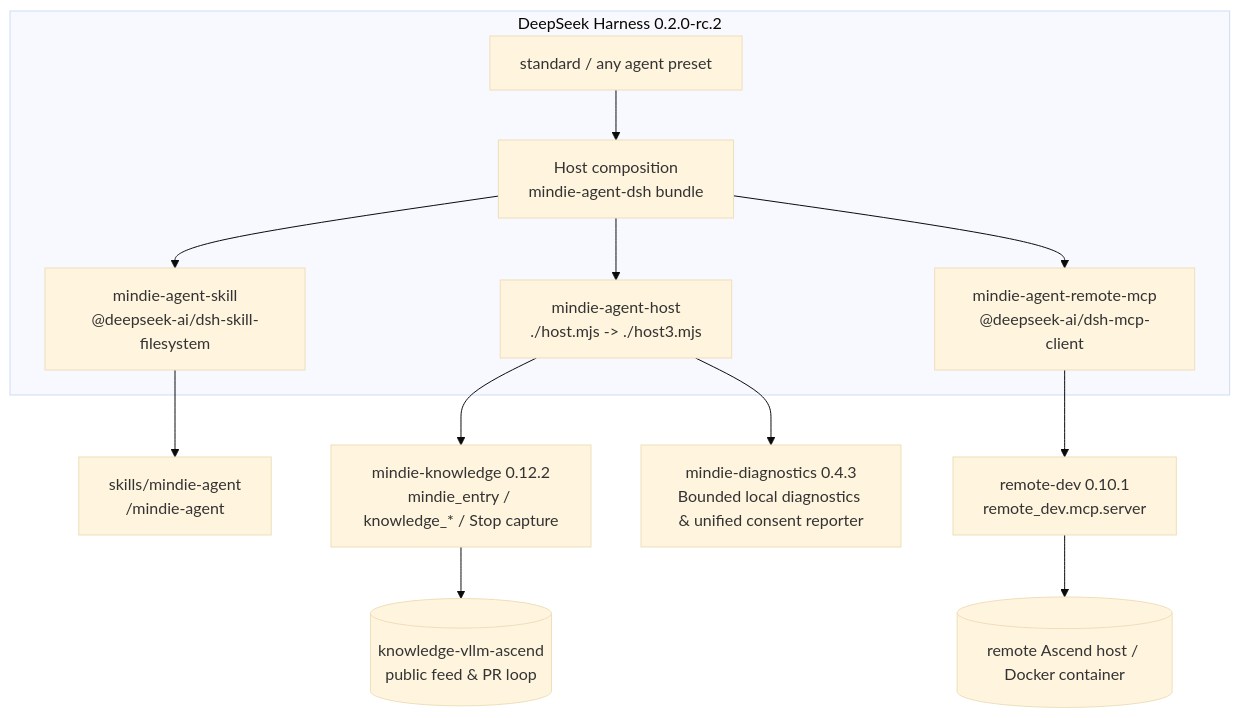
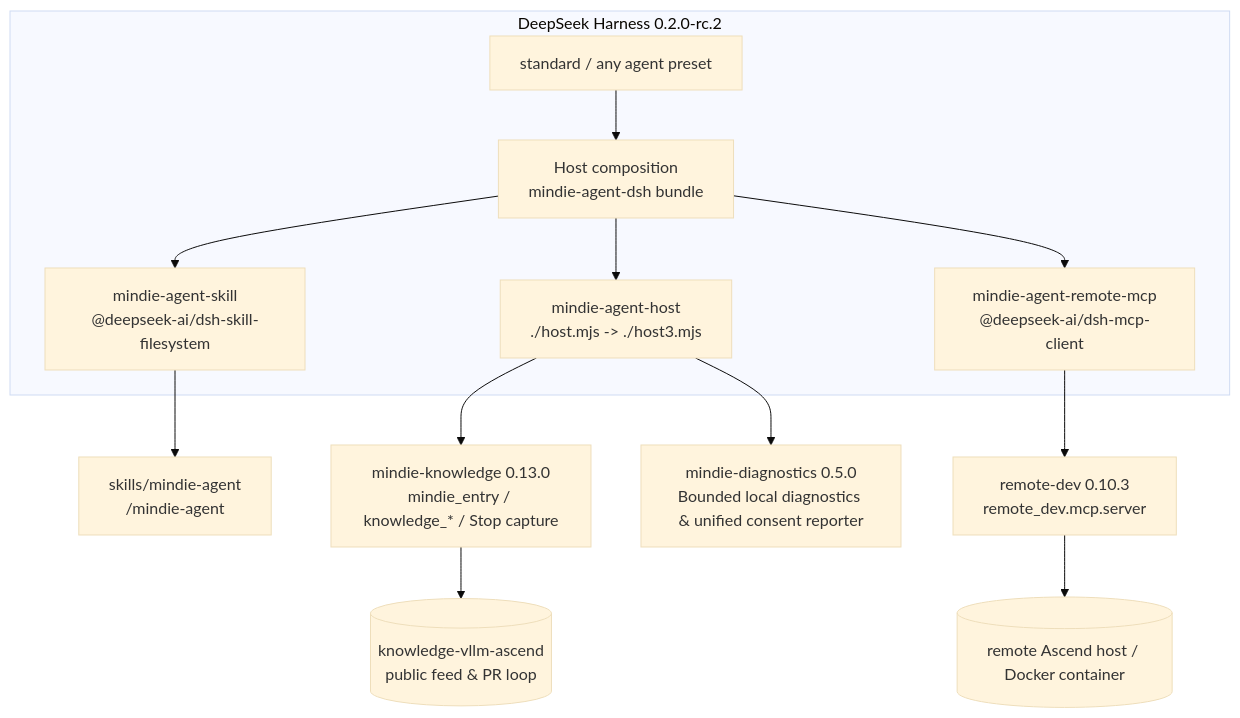
One commit to mindie-agent/mindie-agent-dsh changed the diagram in README.en.md. Above: the diagram before and after it, drawn with Mermaid (base theme). The commit also changed other lines of this file and 15 other files, not shown here.

````diff
--- a/README.en.md
+++ b/README.en.md
@@ -141,20 +141,20 @@
 ```mermaid
 flowchart TB
   subgraph DSH["DeepSeek Harness 0.2.0-rc.2"]
     HOST["Host composition<br/>mindie-agent-dsh bundle"]
     STD["standard / any agent preset"]
     SKILL["mindie-agent-skill<br/>@deepseek-ai/dsh-skill-filesystem"]
     HPLUG["mindie-agent-host<br/>./host.mjs -> ./host3.mjs"]
     RMC["mindie-agent-remote-mcp<br/>@deepseek-ai/dsh-mcp-client"]
     STD --> HOST
     HOST --> SKILL
     HOST --> HPLUG
     HOST --> RMC
   end
   SKILL --> SK["skills/mindie-agent<br/>/mindie-agent"]
-  HPLUG --> KS["mindie-knowledge 0.12.2<br/>mindie_entry / knowledge_* / Stop capture"]
-  HPLUG --> DIAG["mindie-diagnostics 0.4.3<br/>Bounded local diagnostics & unified consent reporter"]
+  HPLUG --> KS["mindie-knowledge 0.13.0<br/>mindie_entry / knowledge_* / Stop capture"]
+  HPLUG --> DIAG["mindie-diagnostics 0.5.0<br/>Bounded local diagnostics & unified consent reporter"]
   KS --> FEED[("knowledge-vllm-ascend<br/>public feed & PR loop")]
-  RMC --> RD["remote-dev 0.10.1<br/>remote_dev.mcp.server"]
+  RMC --> RD["remote-dev 0.10.3<br/>remote_dev.mcp.server"]
   RD --> NPU[("remote Ascend host / Docker container")]
 ```
````
